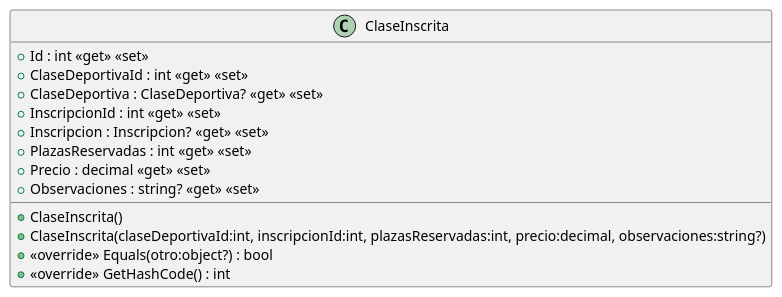
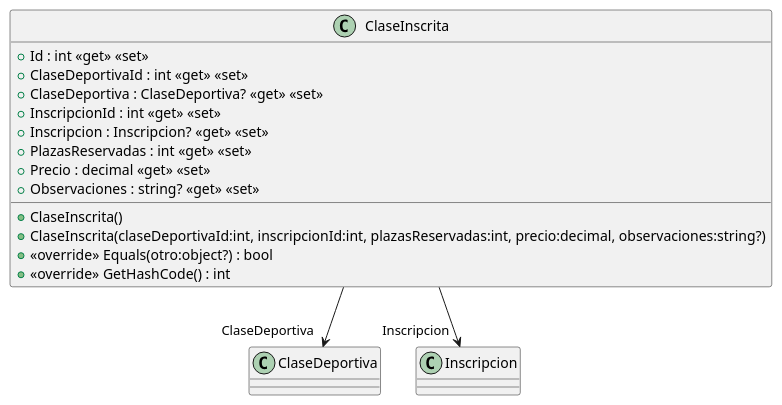
Before and after one commit to GrupoSixSeven/ISII2627GrupoSixSeven: the diagram in src/AppForSEII.API/ClassDiagram/ClaseInscrita.puml, drawn with PlantUML. The commit also changed 13 other files, not shown here.

First line of the commit message:
Crear diagrama CU-3 (T-29)

```diff
--- a/src/AppForSEII.API/ClassDiagram/ClaseInscrita.puml
+++ b/src/AppForSEII.API/ClassDiagram/ClaseInscrita.puml
@@ -1,16 +1,18 @@
 @startuml
 class ClaseInscrita {
     + ClaseInscrita()
     + ClaseInscrita(claseDeportivaId:int, inscripcionId:int, plazasReservadas:int, precio:decimal, observaciones:string?)
     + Id : int <<get>> <<set>>
     + ClaseDeportivaId : int <<get>> <<set>>
     + ClaseDeportiva : ClaseDeportiva? <<get>> <<set>>
     + InscripcionId : int <<get>> <<set>>
     + Inscripcion : Inscripcion? <<get>> <<set>>
     + PlazasReservadas : int <<get>> <<set>>
     + Precio : decimal <<get>> <<set>>
     + Observaciones : string? <<get>> <<set>>
     + <<override>> Equals(otro:object?) : bool
     + <<override>> GetHashCode() : int
 }
+ClaseInscrita --> "ClaseDeportiva" ClaseDeportiva
+ClaseInscrita --> "Inscripcion" Inscripcion
 @enduml
```
